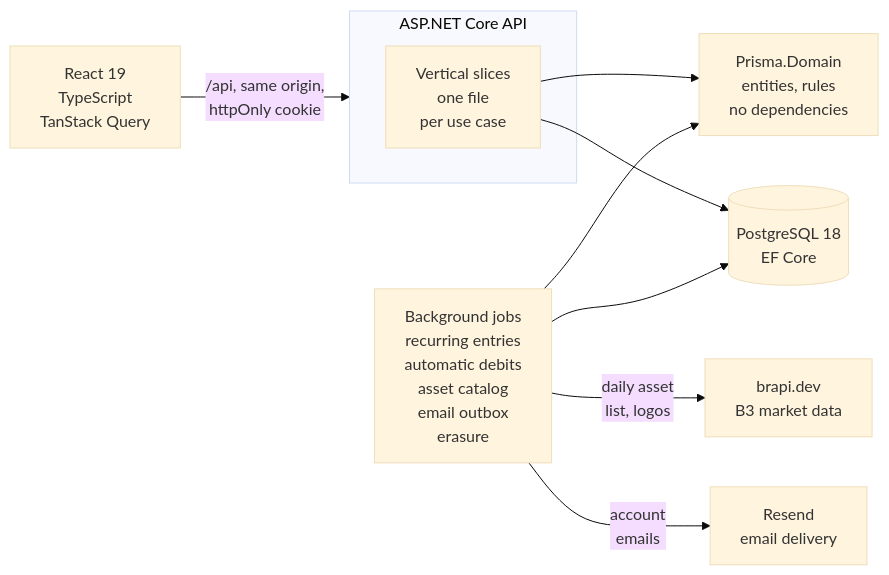
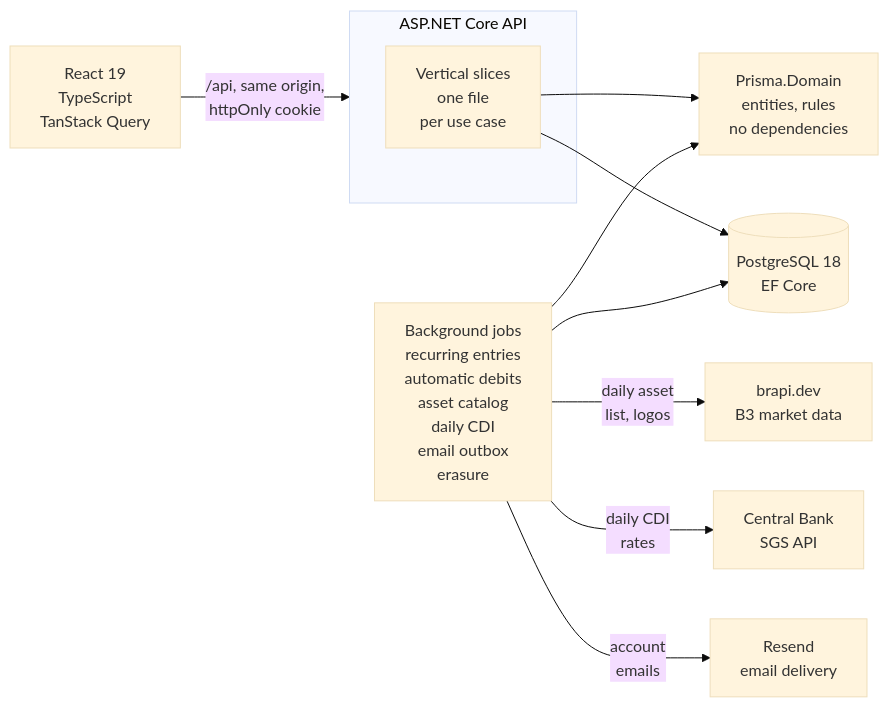
One commit to vagnerwentz/prisma changed the third of 5 diagrams in README.md. Above: the diagram before and after it, drawn with Mermaid (base theme). The commit also changed other lines of this file and 7 other files, not shown here.

````diff
--- a/README.md
+++ b/README.md
@@ -157,13 +174,14 @@
 ```mermaid
 flowchart LR
     Web["React 19<br/>TypeScript<br/>TanStack Query"] -->|"/api, same origin,<br/>httpOnly cookie"| Api
     subgraph Api["ASP.NET Core API"]
         Slices["Vertical slices<br/>one file<br/>per use case"]
     end
     Slices --> Domain["Prisma.Domain<br/>entities, rules<br/>no dependencies"]
     Slices --> Db[("PostgreSQL 18<br/>EF Core")]
-    Job["Background jobs<br/>recurring entries<br/>automatic debits<br/>asset catalog<br/>email outbox<br/>erasure"] --> Domain
+    Job["Background jobs<br/>recurring entries<br/>automatic debits<br/>asset catalog<br/>daily CDI<br/>email outbox<br/>erasure"] --> Domain
     Job --> Db
     Job -->|"daily asset<br/>list, logos"| Brapi["brapi.dev<br/>B3 market data"]
+    Job -->|"daily CDI<br/>rates"| Bcb["Central Bank<br/>SGS API"]
     Job -->|"account<br/>emails"| Resend["Resend<br/>email delivery"]
 ```
````
